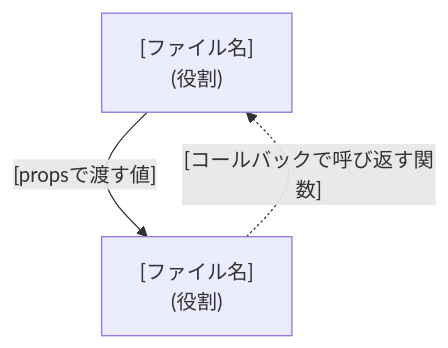
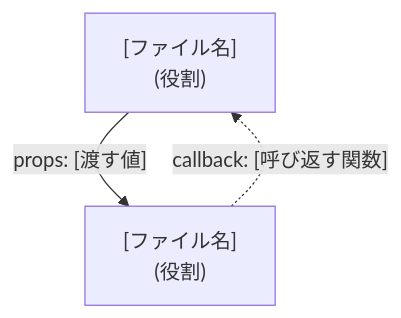
The diagram in .specify/templates/overrides/plan-template.md (shimazakis0523/Nextjs-Sample), drawn with Mermaid before and after one commit. The commit also changed other lines of this file and 4 other files, not shown here.

First line of the commit message:
Bring BFF Route Handlers into component-diagram scope; label arrows

````diff
--- a/.specify/templates/overrides/plan-template.md
+++ b/.specify/templates/overrides/plan-template.md
@@ -29,8 +35,8 @@
 ```mermaid
 flowchart TD
     a["[ファイル名]<br/>(役割)"]
     b["[ファイル名]<br/>(役割)"]
 
-    a -- "[propsで渡す値]" --> b
-    b -. "[コールバックで呼び返す関数]" .-> a
+    a -- "props: [渡す値]" --> b
+    b -. "callback: [呼び返す関数]" .-> a
 ```
````
